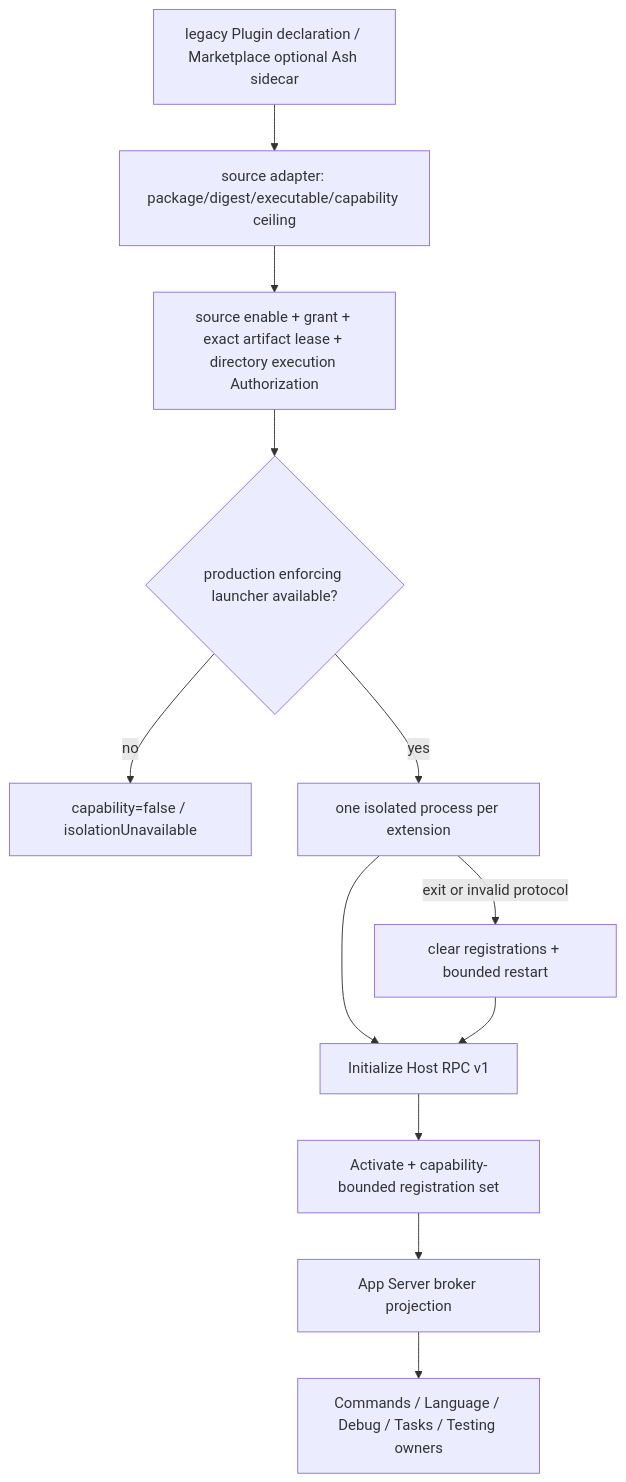
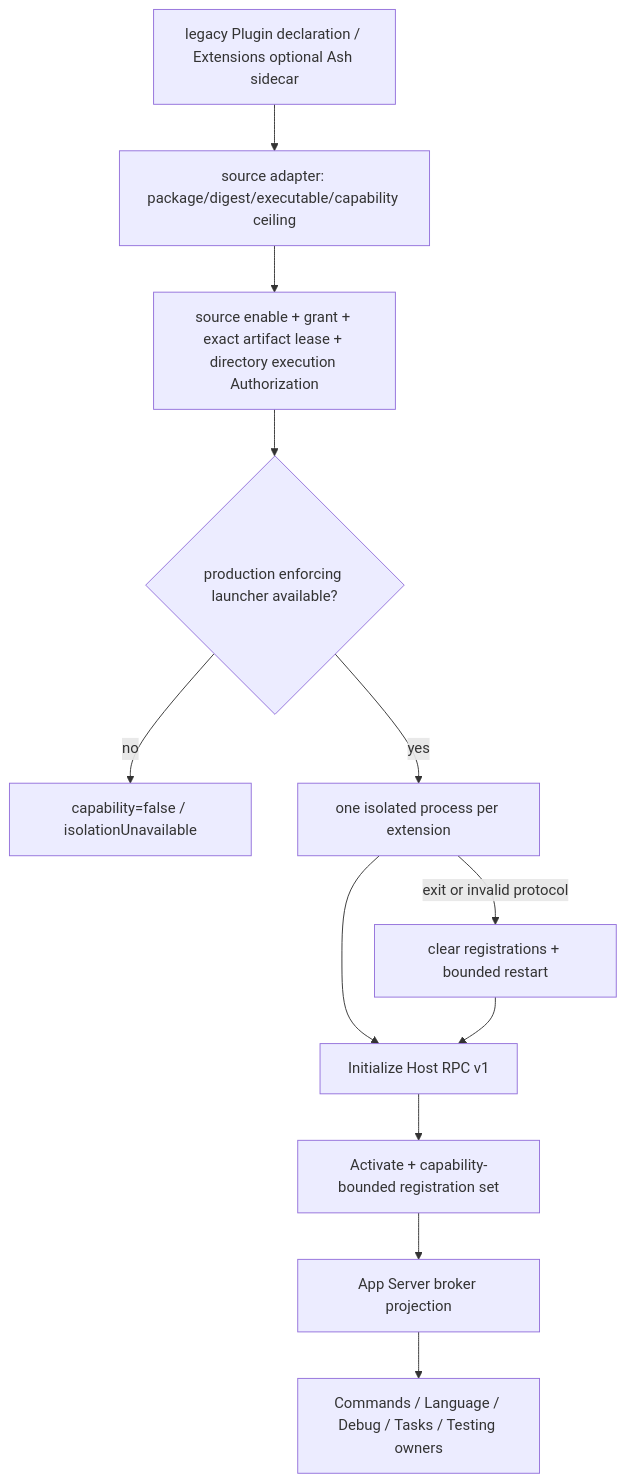
The fifth of 5 diagrams in docs/editor-extensions.md (chogng/ash), drawn with Mermaid before and after one commit. The commit also changed other lines of this file and 342 other files, not shown here.

First line of the commit message:
refactor: rename Marketplace references to Extensions in tests

````diff
--- a/docs/editor-extensions.md
+++ b/docs/editor-extensions.md
@@ -540,14 +566,14 @@
 ```mermaid
 flowchart TD
-    manifest["legacy Plugin declaration / Marketplace optional Ash sidecar"] --> validate["source adapter: package/digest/executable/capability ceiling"]
+    manifest["legacy Plugin declaration / Extensions optional Ash sidecar"] --> validate["source adapter: package/digest/executable/capability ceiling"]
     validate --> authority["source enable + grant + exact artifact lease + directory execution Authorization"]
     authority --> launcher{"production enforcing launcher available?"}
     launcher -->|no| unavailable["capability=false / isolationUnavailable"]
     launcher -->|yes| process["one isolated process per extension"]
     process --> handshake["Initialize Host RPC v1"]
     handshake --> activate["Activate + capability-bounded registration set"]
     activate --> broker["App Server broker projection"]
     broker --> domains["Commands / Language / Debug / Tasks / Testing owners"]
     process -->|exit or invalid protocol| recovery["clear registrations + bounded restart"]
     recovery --> handshake
 ```
````
